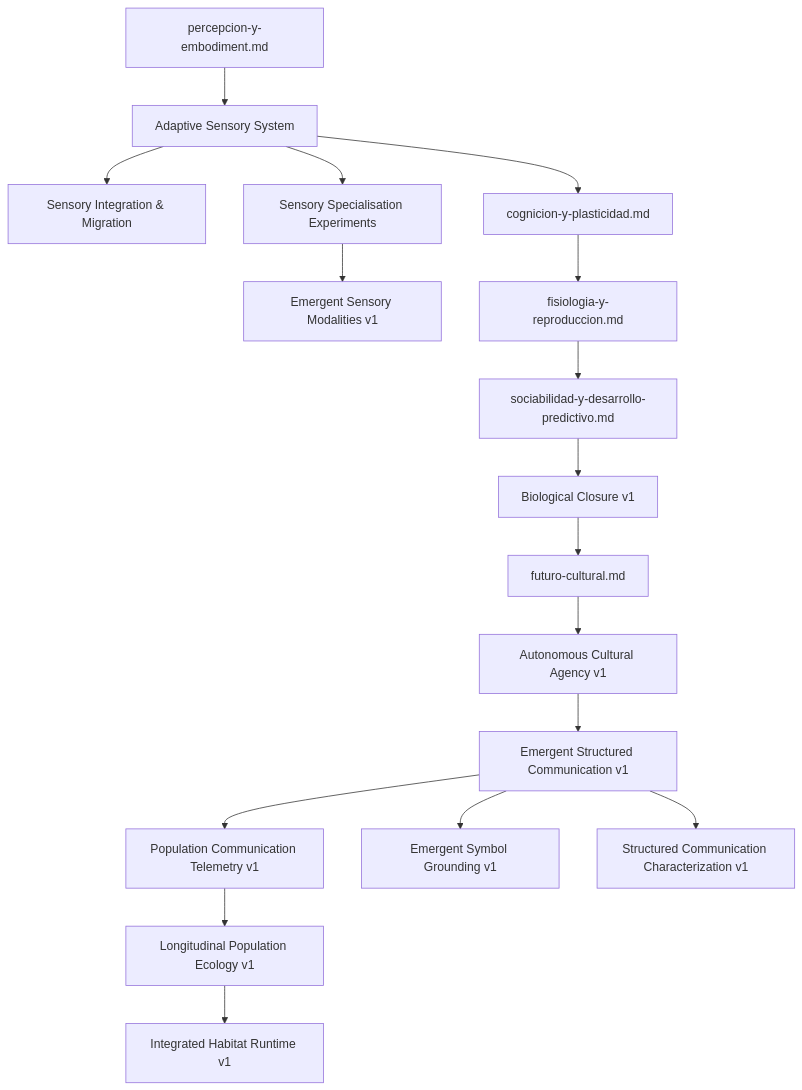
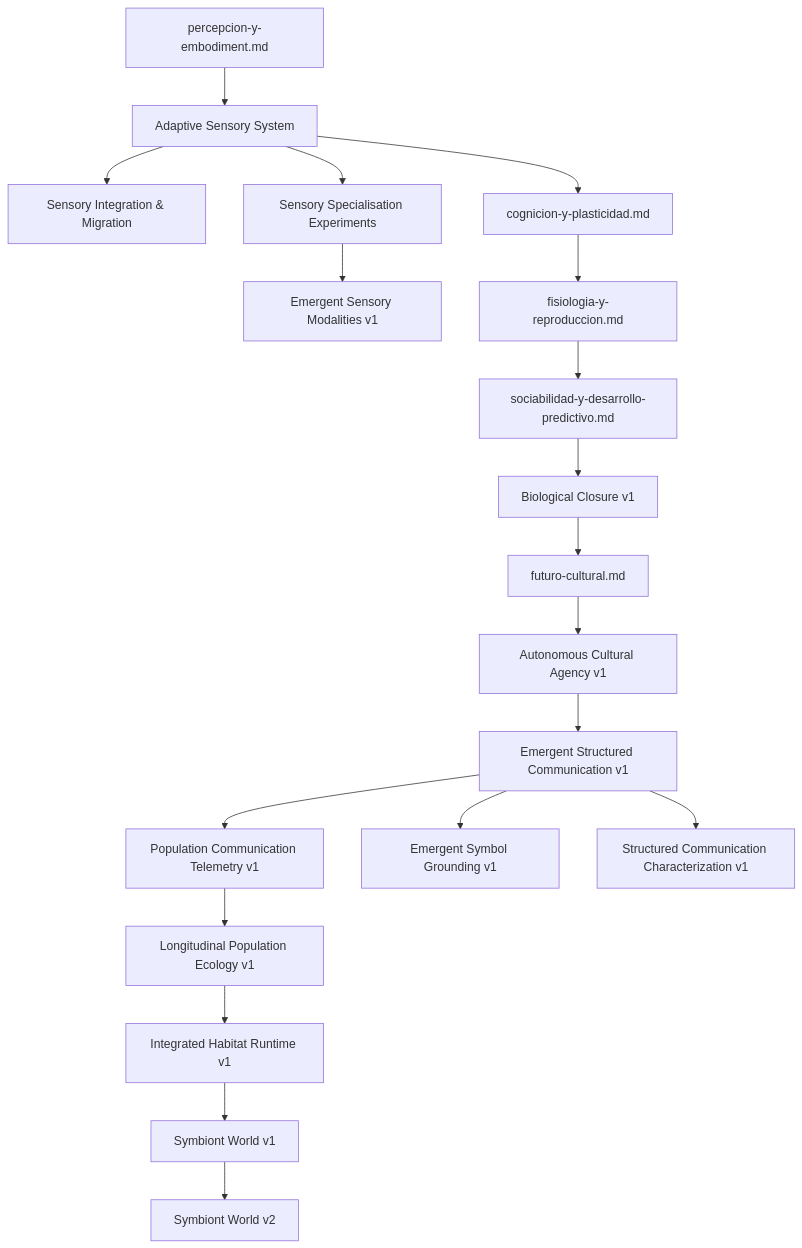
Before and after one commit to alessbarb/symbiont-lab: the diagram in docs/design/README.md, drawn with Mermaid. The commit also changed other lines of this file and 5 other files, not shown here.

````diff
--- a/docs/design/README.md
+++ b/docs/design/README.md
@@ -16,19 +16,21 @@
 ```mermaid
 flowchart TD
     PE["percepcion-y-embodiment.md"] --> ASS["Adaptive Sensory System"]
     ASS --> ASI["Sensory Integration & Migration"]
     ASS --> ASE["Sensory Specialisation Experiments"]
     ASE --> ESM["Emergent Sensory Modalities v1"]
     ASS --> CP["cognicion-y-plasticidad.md"]
     CP --> FR["fisiologia-y-reproduccion.md"]
     FR --> SD["sociabilidad-y-desarrollo-predictivo.md"]
     SD --> BC["Biological Closure v1"]
     BC --> FC["futuro-cultural.md"]
     FC --> ACA["Autonomous Cultural Agency v1"]
     ACA --> ESC["Emergent Structured Communication v1"]
     ESC --> PCT["Population Communication Telemetry v1"]
     PCT --> LPE["Longitudinal Population Ecology v1"]
     LPE --> IHR["Integrated Habitat Runtime v1"]
     ESC --> ESG["Emergent Symbol Grounding v1"]
     ESC --> SCC["Structured Communication Characterization v1"]
+    IHR --> SW["Symbiont World v1"]
+    SW --> SW2["Symbiont World v2"]
 ```
````
